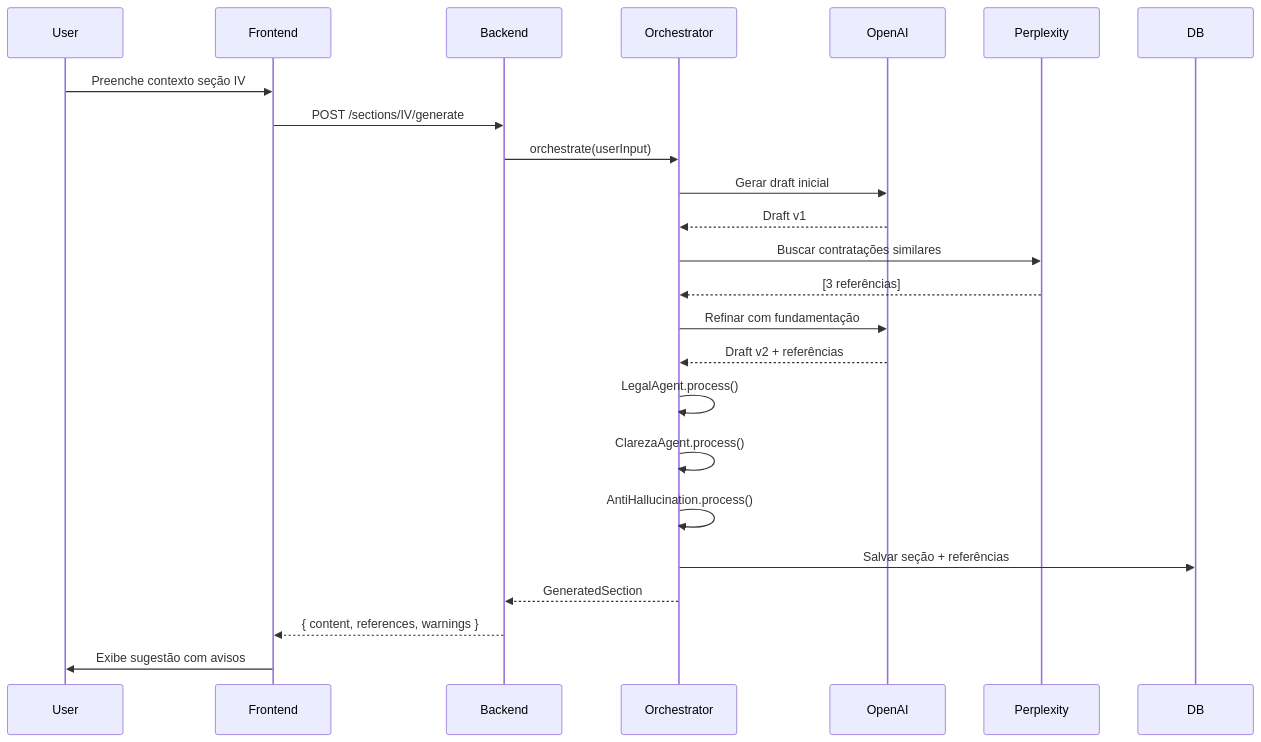
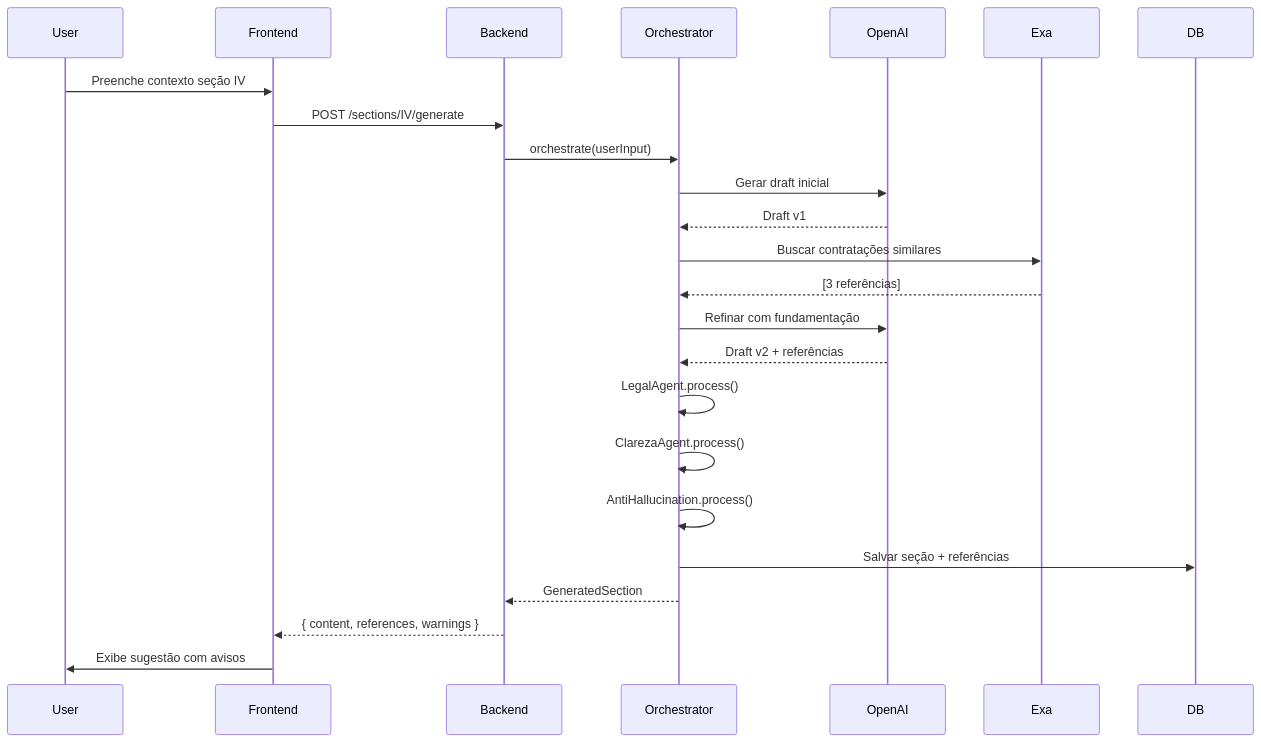
The diagram in ARCHITECTURE.md (CONFENGE/etp-express), drawn with Mermaid before and after one commit. The commit also changed other lines of this file and 11 other files, not shown here.

First line of the commit message:
docs: update documentation from Perplexity to Exa (#713)

````diff
--- a/ARCHITECTURE.md
+++ b/ARCHITECTURE.md
@@ -558,32 +559,32 @@
 ```mermaid
 sequenceDiagram
     participant User
     participant Frontend
     participant Backend
     participant Orchestrator
     participant OpenAI
-    participant Perplexity
+    participant Exa
     participant DB
 
     User->>Frontend: Preenche contexto seção IV
     Frontend->>Backend: POST /sections/IV/generate
     Backend->>Orchestrator: orchestrate(userInput)
 
     Orchestrator->>OpenAI: Gerar draft inicial
     OpenAI-->>Orchestrator: Draft v1
 
-    Orchestrator->>Perplexity: Buscar contratações similares
-    Perplexity-->>Orchestrator: [3 referências]
+    Orchestrator->>Exa: Buscar contratações similares
+    Exa-->>Orchestrator: [3 referências]
 
     Orchestrator->>OpenAI: Refinar com fundamentação
     OpenAI-->>Orchestrator: Draft v2 + referências
 
     Orchestrator->>Orchestrator: LegalAgent.process()
     Orchestrator->>Orchestrator: ClarezaAgent.process()
     Orchestrator->>Orchestrator: AntiHallucination.process()
 
     Orchestrator->>DB: Salvar seção + referências
     Orchestrator-->>Backend: GeneratedSection
     Backend-->>Frontend: { content, references, warnings }
     Frontend->>User: Exibe sugestão com avisos
 ```
````
